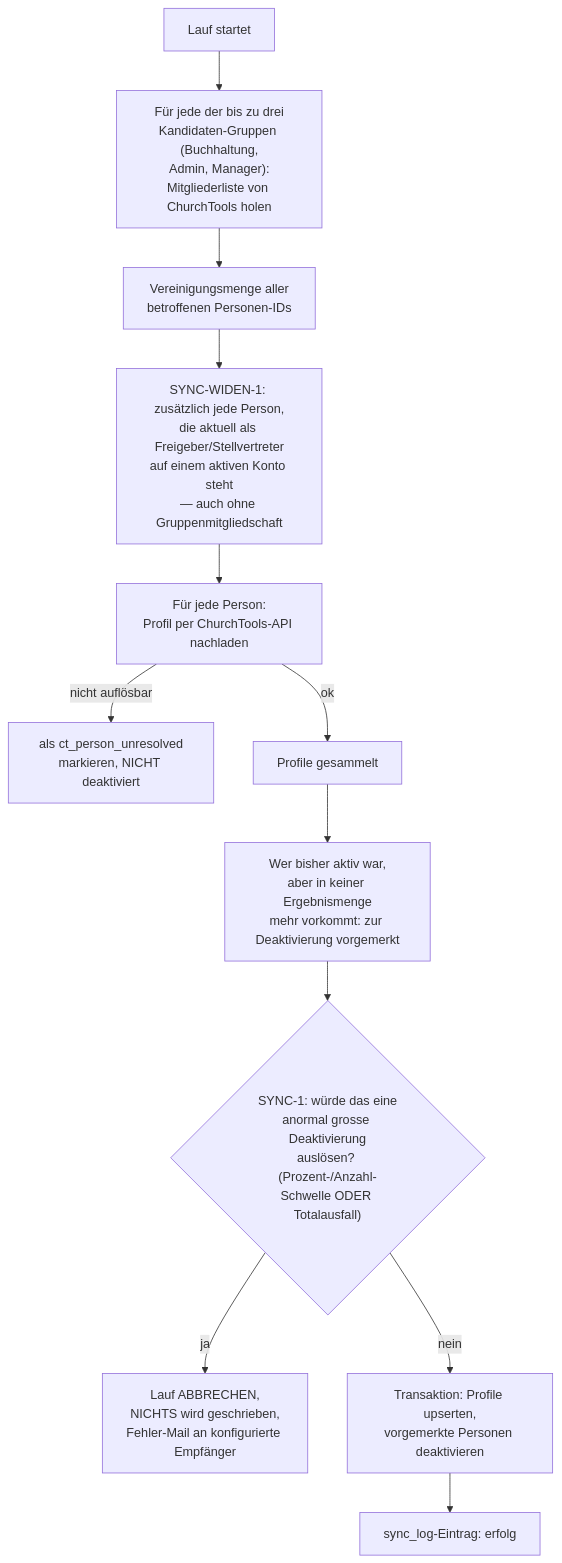
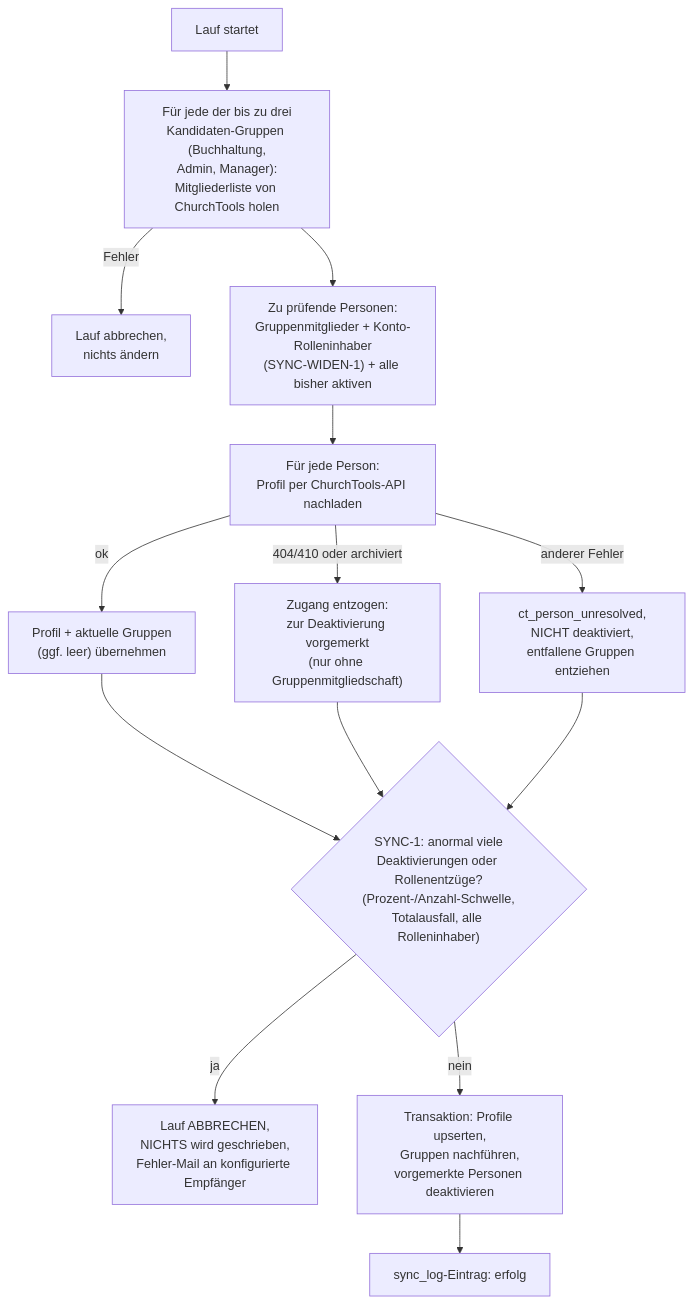
One commit to rony326/freigabeportal changed the diagram in docs/personen-sync.md. Above: the diagram before and after it, drawn with Mermaid. The commit also changed other lines of this file and 46 other files, not shown here.

````diff
--- a/docs/personen-sync.md
+++ b/docs/personen-sync.md
@@ -13,14 +47,16 @@
 ```mermaid
 flowchart TD
     A["Lauf startet"] --> B["Für jede der bis zu drei<br/>Kandidaten-Gruppen (Buchhaltung,<br/>Admin, Manager):<br/>Mitgliederliste von ChurchTools holen"]
-    B --> C["Vereinigungsmenge aller<br/>betroffenen Personen-IDs"]
-    C --> D["SYNC-WIDEN-1: zusätzlich jede Person,<br/>die aktuell als Freigeber/Stellvertreter<br/>auf einem aktiven Konto steht<br/>— auch ohne Gruppenmitgliedschaft"]
-    D --> E["Für jede Person:<br/>Profil per ChurchTools-API nachladen"]
-    E -->|nicht auflösbar| F["als ct_person_unresolved<br/>markieren, NICHT deaktiviert"]
-    E -->|ok| G["Profile gesammelt"]
-    G --> H["Wer bisher aktiv war,<br/>aber in keiner Ergebnismenge<br/>mehr vorkommt: zur Deaktivierung vorgemerkt"]
-    H --> I{"SYNC-1: würde das eine<br/>anormal grosse Deaktivierung<br/>auslösen? (Prozent-/Anzahl-<br/>Schwelle ODER Totalausfall)"}
+    B -->|Fehler| X["Lauf abbrechen,<br/>nichts ändern"]
+    B --> C["Zu prüfende Personen:<br/>Gruppenmitglieder + Konto-Rolleninhaber<br/>(SYNC-WIDEN-1) + alle bisher aktiven"]
+    C --> E["Für jede Person:<br/>Profil per ChurchTools-API nachladen"]
+    E -->|ok| G["Profil + aktuelle Gruppen<br/>(ggf. leer) übernehmen"]
+    E -->|404/410 oder archiviert| H["Zugang entzogen:<br/>zur Deaktivierung vorgemerkt<br/>(nur ohne Gruppenmitgliedschaft)"]
+    E -->|anderer Fehler| F["ct_person_unresolved,<br/>NICHT deaktiviert,<br/>entfallene Gruppen entziehen"]
+    G --> I{"SYNC-1: anormal viele<br/>Deaktivierungen oder Rollenentzüge?<br/>(Prozent-/Anzahl-Schwelle,<br/>Totalausfall, alle Rolleninhaber)"}
+    H --> I
+    F --> I
     I -- ja --> J["Lauf ABBRECHEN,<br/>NICHTS wird geschrieben,<br/>Fehler-Mail an konfigurierte Empfänger"]
-    I -- nein --> K["Transaktion: Profile upserten,<br/>vorgemerkte Personen deaktivieren"]
+    I -- nein --> K["Transaktion: Profile upserten,<br/>Gruppen nachführen,<br/>vorgemerkte Personen deaktivieren"]
     K --> L["sync_log-Eintrag: erfolg"]
 ```
````
